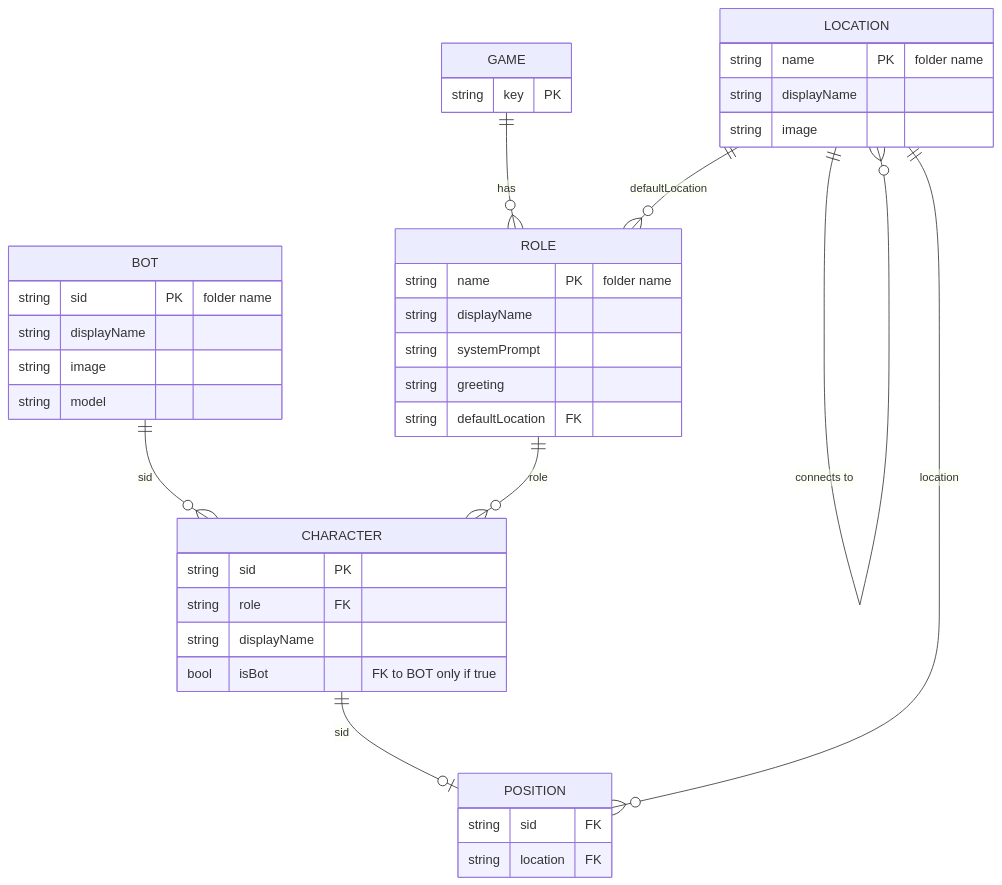
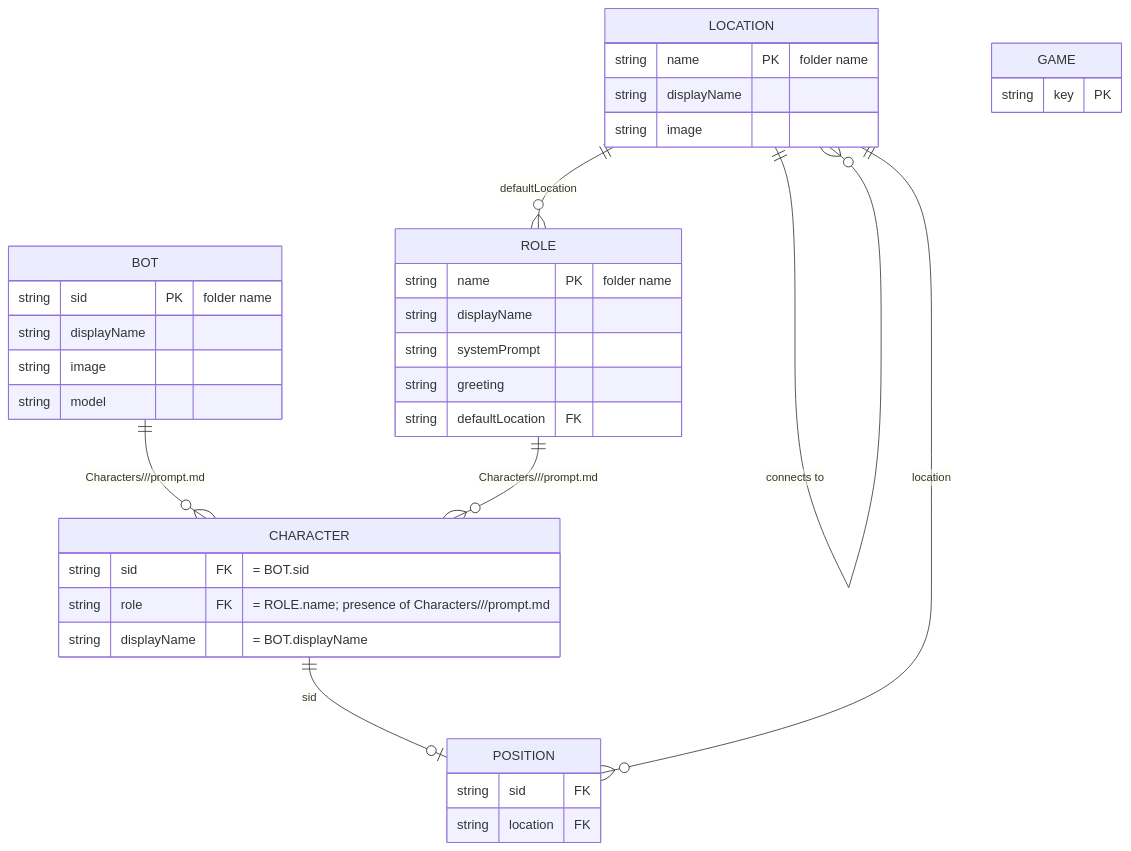
Before and after one commit to ProjectAtlantis-dev/atlantis-mcp-server: the diagram in python-server/dynamic_functions/Home/GAME.md, drawn with Mermaid. The commit also changed other lines of this file and 11 other files, not shown here.

````diff
--- a/python-server/dynamic_functions/Home/GAME.md
+++ b/python-server/dynamic_functions/Home/GAME.md
@@ -64,42 +63,40 @@
 ```mermaid
 erDiagram
     BOT {
         string sid PK "folder name"
         string displayName
         string image
         string model
     }
     LOCATION {
         string name PK "folder name"
         string displayName
         string image
     }
     GAME {
         string key PK
     }
     ROLE {
         string name PK "folder name"
         string displayName
         string systemPrompt
         string greeting
         string defaultLocation FK
     }
     CHARACTER {
-        string sid PK
-        string role FK
-        string displayName
-        bool isBot "FK to BOT only if true"
+        string sid FK "= BOT.sid"
+        string role FK "= ROLE.name; presence of Characters/<sid>/<Role>/prompt.md"
+        string displayName "= BOT.displayName"
     }
     POSITION {
         string sid FK
         string location FK
     }
 
     LOCATION ||--o{ LOCATION : "connects to"
-    GAME ||--o{ ROLE : has
-    BOT ||--o{ CHARACTER : sid
     LOCATION ||--o{ ROLE : defaultLocation
-    ROLE ||--o{ CHARACTER : role
+    BOT ||--o{ CHARACTER : "Characters/<sid>/<Role>/prompt.md"
+    ROLE ||--o{ CHARACTER : "Characters/<sid>/<Role>/prompt.md"
     CHARACTER ||--o| POSITION : sid
     LOCATION ||--o{ POSITION : location
 ```
````
